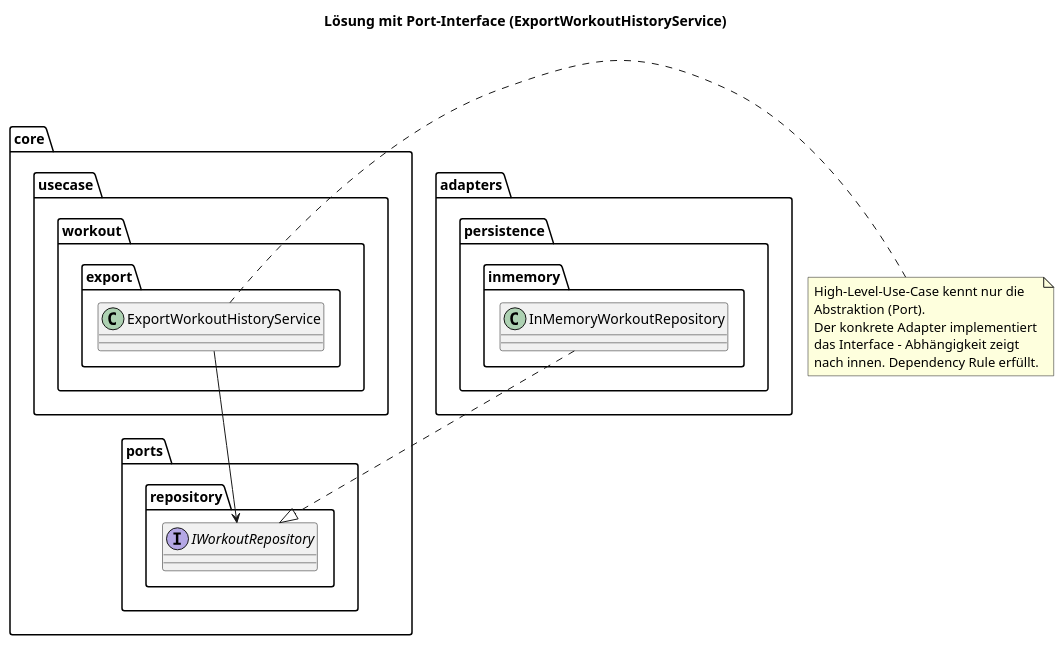
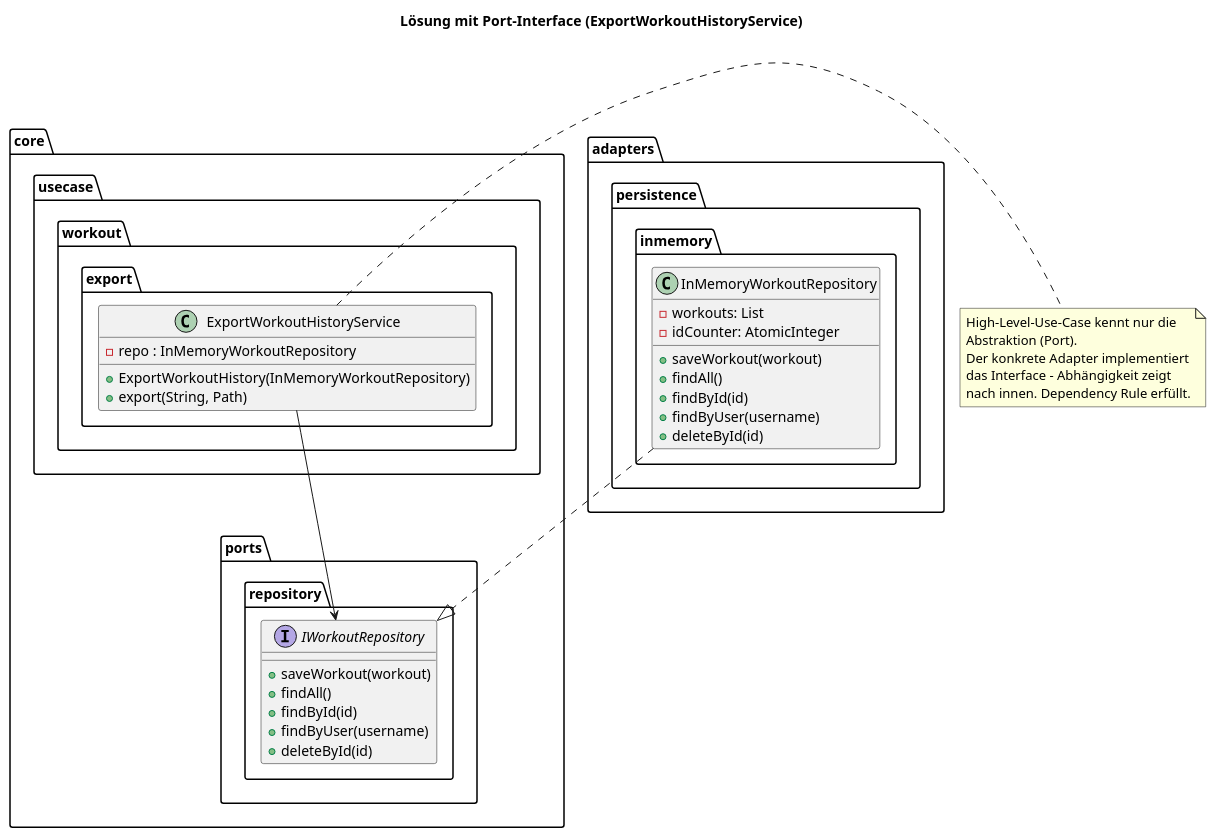
One commit to NeeroxZ/FitTrackPro_v2 changed the diagram in protokoll/UML/kapitel2/dependecy_v2_loesung.puml. Above: the diagram before and after it, drawn with PlantUML. The commit also changed 13 other files, not shown here.

Commit message:
Hinzufügen des Protokoll...... - ändern UML

```diff
--- a/protokoll/UML/kapitel2/dependecy_v2_loesung.puml
+++ b/protokoll/UML/kapitel2/dependecy_v2_loesung.puml
@@ -1,29 +1,49 @@
 @startuml
 title Lösung mit Port-Interface (ExportWorkoutHistoryService)
 
 ' ======= Schichtendarstellung =======
     class core.usecase.workout.export.ExportWorkoutHistoryService{
+    - repo : InMemoryWorkoutRepository
+    + ExportWorkoutHistory(InMemoryWorkoutRepository)
+    + export(String, Path)
+
 }
 
 
-    interface core.ports.repository.IWorkoutRepository{
-}
+package "core.ports.repository" {
+    interface IWorkoutRepository {
+        + saveWorkout(workout)
+        + findAll()
+        + findById(id)
+        + findByUser(username)
+        + deleteById(id)
+    }
+  }
 
 
-    class adapters.persistence.inmemory.InMemoryWorkoutRepository{
-}
+ package "adapters.persistence.inmemory" {
+     class InMemoryWorkoutRepository {
+         - workouts: List
+         - idCounter: AtomicInteger
+         + saveWorkout(workout)
+         + findAll()
+         + findById(id)
+         + findByUser(username)
+         + deleteById(id)
+     }
+ }
 
 ' ======= Regelkonforme Abhängigkeiten =======
 ExportWorkoutHistoryService --> IWorkoutRepository
 
 
 InMemoryWorkoutRepository ..|> IWorkoutRepository
 
 note right of ExportWorkoutHistoryService
   High-Level-Use-Case kennt nur die
   Abstraktion (Port).
   Der konkrete Adapter implementiert
   das Interface – Abhängigkeit zeigt
   nach innen. Dependency Rule erfüllt.
 end note
 @enduml
```
